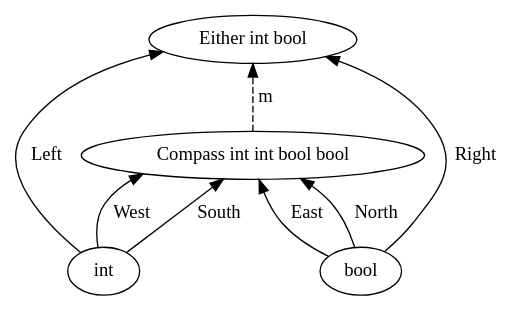
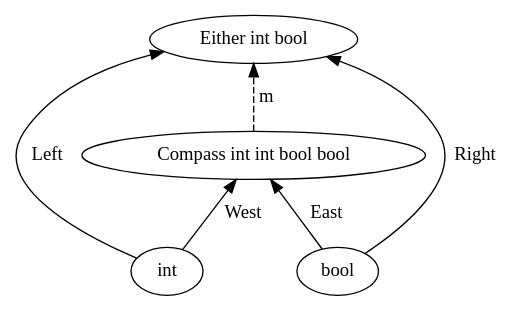
One commit to awalterschulze/category-theory-for-programmers-challenges changed the eighth of 8 diagrams in 105-Products-and-Coproducts.md. Above: the diagram before and after it, drawn with Graphviz. The commit also changed other lines of this file and 1 other file, not shown here.

````diff
--- a/105-Products-and-Coproducts.md
+++ b/105-Products-and-Coproducts.md
@@ -445,17 +445,15 @@
 ```dot
 digraph G {
   "c'" [label="Either int bool"]
   c [label="Compass int int bool bool"]
   a [label="int"]
   b [label="bool"]
   c -> "c'" [label=" m", style="dashed"]
   a -> "c'" [label=" Left"]
   b -> "c'" [label=" Right"]
   a -> c [label=" West"]
-  a -> c [label=" South"]
   b -> c [label=" East"]
-  b -> c [label=" North"]
   { rank = min; "c'" }
   { rank = max; a; b }
 }
 ```
````
